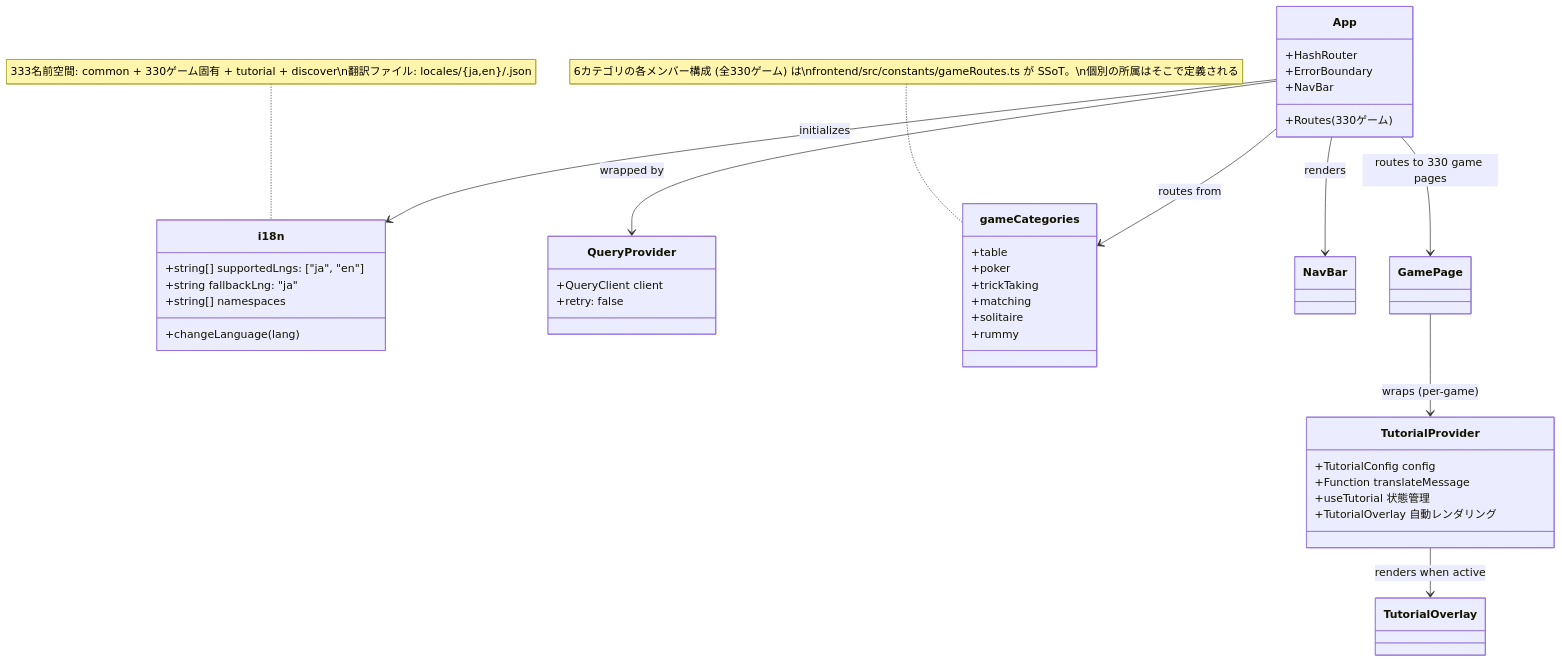
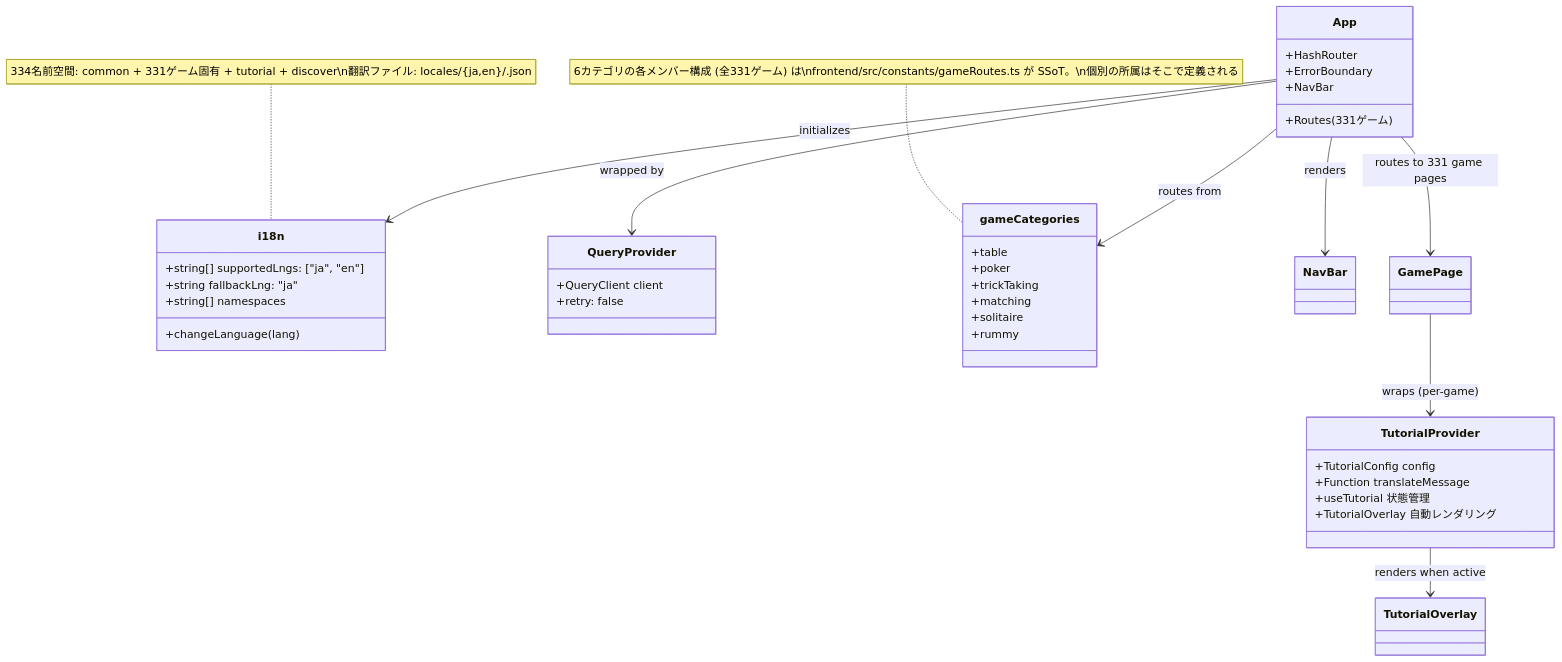
Before and after one commit to yuta-yoshinaga/go_trumpcards: the ninth of 49 diagrams in docs/design/frontend.md, drawn with Mermaid. The commit also changed other lines of this file and 60 other files, not shown here.

````diff
--- a/docs/design/frontend.md
+++ b/docs/design/frontend.md
@@ -1874,48 +1874,48 @@
 ```mermaid
 classDiagram
     class i18n {
         +string[] supportedLngs: ["ja", "en"]
         +string fallbackLng: "ja"
         +string[] namespaces
         +changeLanguage(lang)
     }
 
     class QueryProvider {
         +QueryClient client
         +retry: false
     }
 
     class App {
         +HashRouter
         +ErrorBoundary
         +NavBar
-        +Routes (330ゲーム)
+        +Routes (331ゲーム)
     }
 
     class gameCategories {
         +table
         +poker
         +trickTaking
         +matching
         +solitaire
         +rummy
     }
-    note for gameCategories "6カテゴリの各メンバー構成 (全330ゲーム) は\nfrontend/src/constants/gameRoutes.ts が SSoT。\n個別の所属はそこで定義される"
+    note for gameCategories "6カテゴリの各メンバー構成 (全331ゲーム) は\nfrontend/src/constants/gameRoutes.ts が SSoT。\n個別の所属はそこで定義される"
 
     class TutorialProvider {
         +TutorialConfig config
         +Function translateMessage
         +useTutorial 状態管理
         +TutorialOverlay 自動レンダリング
     }
 
     App --> QueryProvider : wrapped by
     App --> i18n : initializes
     App --> gameCategories : routes from
     App --> NavBar : renders
-    App --> GamePage : routes to 330 game pages
+    App --> GamePage : routes to 331 game pages
     GamePage --> TutorialProvider : wraps (per-game)
     TutorialProvider --> TutorialOverlay : renders when active
 
-    note for i18n "333名前空間: common + 330ゲーム固有 + tutorial + discover\n翻訳ファイル: locales/{ja,en}/<game>.json"
+    note for i18n "334名前空間: common + 331ゲーム固有 + tutorial + discover\n翻訳ファイル: locales/{ja,en}/<game>.json"
 ```
````
